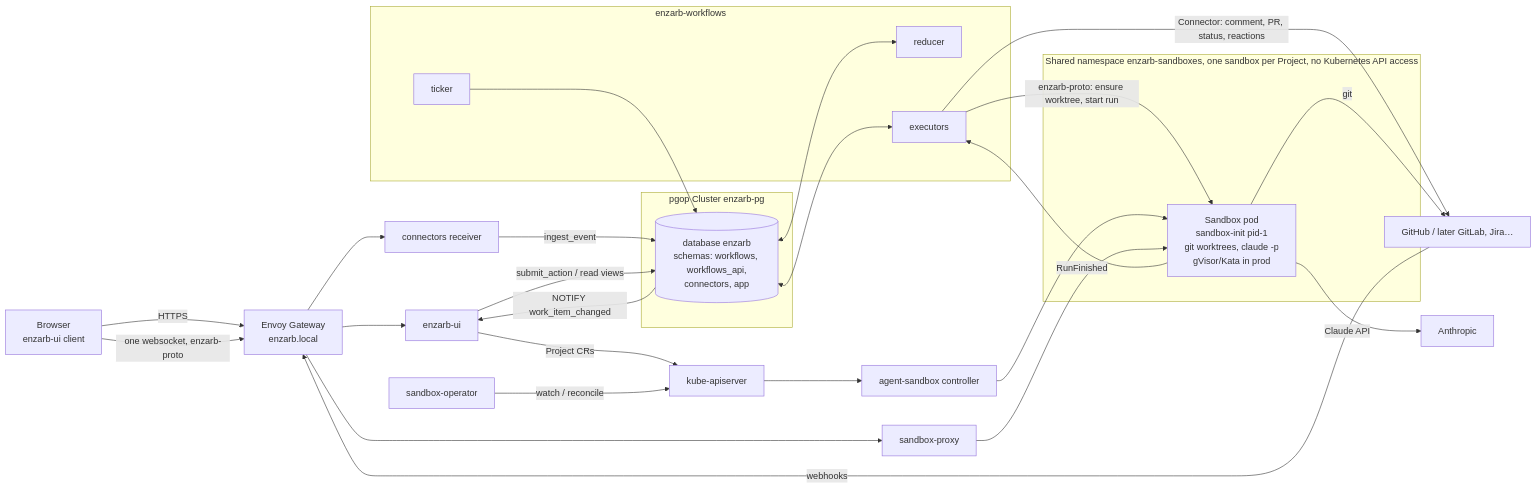
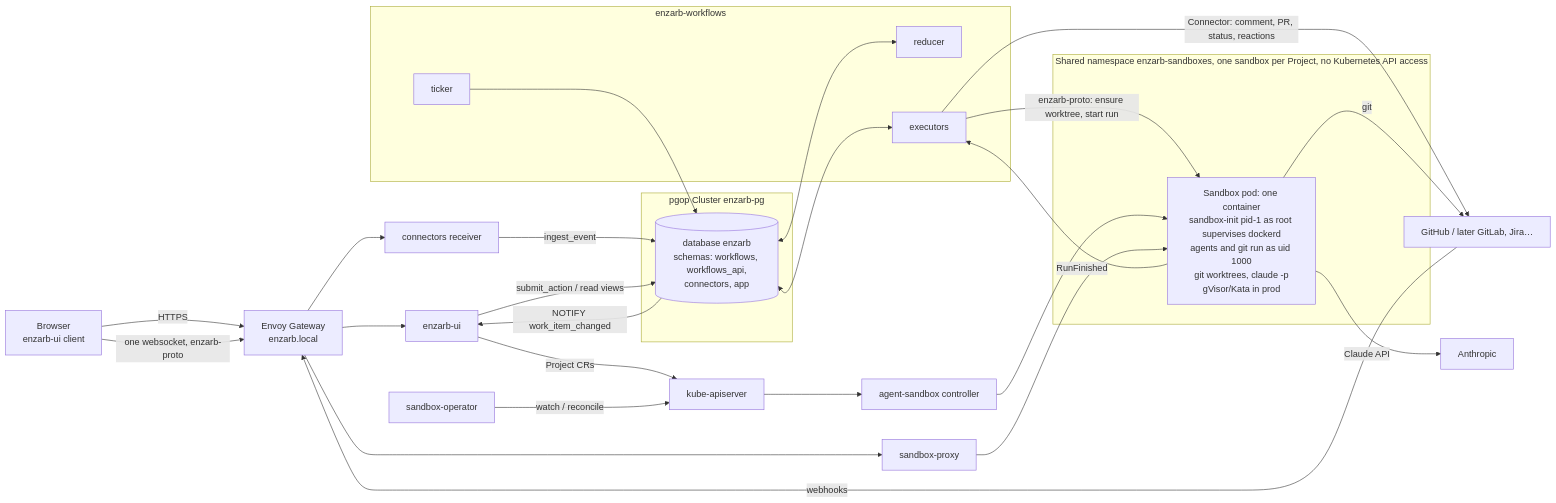
One commit to enzarb/enzarb changed the second of 2 diagrams in docs/architecture.md. Above: the diagram before and after it, drawn with Mermaid. The commit also changed 10 other files, not shown here.

First line of the commit message:
docs(adr): ADR-0016 dockerd in the sandbox container

````diff
--- a/docs/architecture.md
+++ b/docs/architecture.md
@@ -55,40 +55,40 @@
 ```mermaid
 flowchart LR
   B[Browser<br/>enzarb-ui client] -- HTTPS --> GW[Envoy Gateway<br/>enzarb.local]
   B -- one websocket, enzarb-proto --> GW
   GW --> UI[enzarb-ui]
   GW --> PX[sandbox-proxy]
   SRC[GitHub / later GitLab, Jira…] -- webhooks --> GW --> RCV[connectors receiver]
 
   subgraph DB[pgop Cluster enzarb-pg]
     PG[(database enzarb<br/>schemas: workflows, workflows_api,<br/>connectors, app)]
   end
 
   RCV -- ingest_event --> PG
   UI -- submit_action / read views --> PG
   PG -- NOTIFY work_item_changed --> UI
 
   subgraph WF[enzarb-workflows]
     RED[reducer]
     EXE[executors]
     TCK[ticker]
   end
   PG <--> RED
   PG <--> EXE
   TCK --> PG
 
   EXE -- Connector: comment, PR, status, reactions --> SRC
   EXE -- enzarb-proto: ensure worktree, start run --> SB
   SB -- RunFinished --> EXE
 
   UI -- Project CRs --> API[kube-apiserver]
   OP[sandbox-operator] -- watch / reconcile --> API
   API --> AS[agent-sandbox controller] --> SB
   PX --> SB
 
   subgraph T[Shared namespace enzarb-sandboxes, one sandbox per Project, no Kubernetes API access]
-    SB[Sandbox pod<br/>sandbox-init pid-1<br/>git worktrees, claude -p<br/>gVisor/Kata in prod]
+    SB[Sandbox pod: one container<br/>sandbox-init pid-1 as root supervises dockerd<br/>agents and git run as uid 1000<br/>git worktrees, claude -p<br/>gVisor/Kata in prod]
   end
   SB -- git --> SRC
   SB -- Claude API --> AN[Anthropic]
 ```
````
